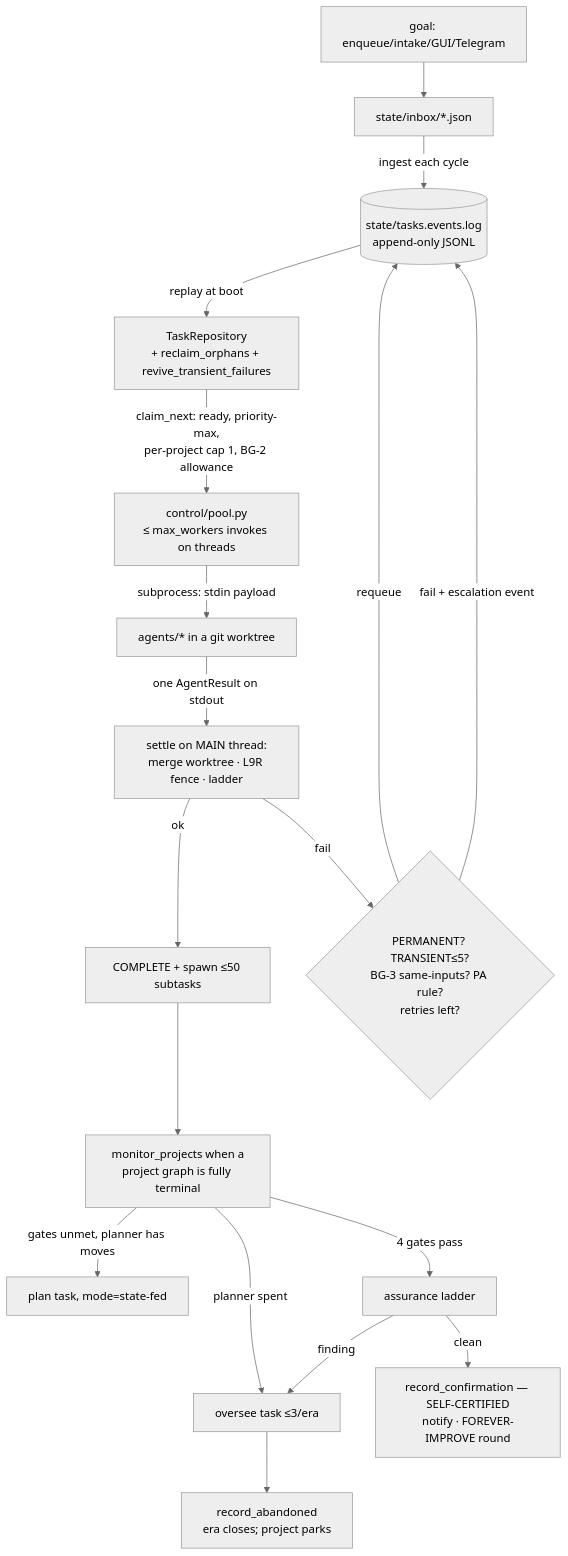
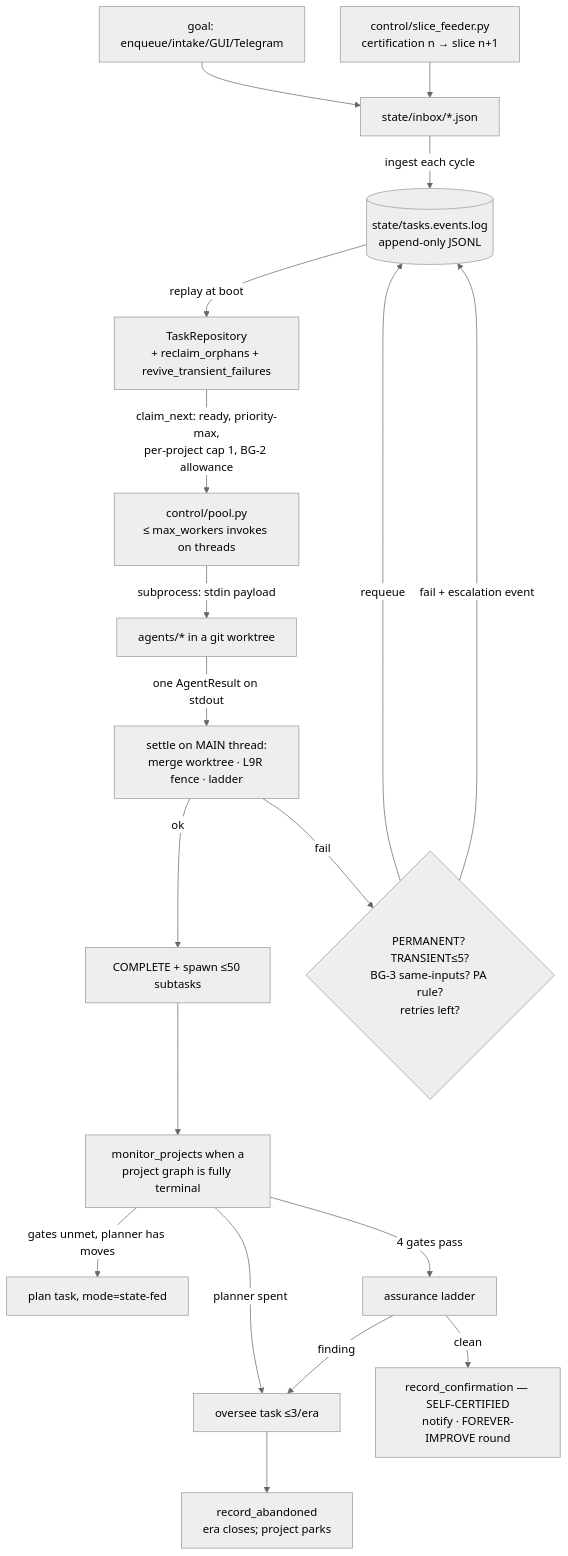
The diagram in codebase-analysis-docs/CODEBASE_KNOWLEDGE.md (Pepstee/Orchestrator), drawn with Mermaid (neutral theme) before and after one commit. The commit also changed other lines of this file, not shown here.

Commit message:
docs: codebase map refreshed to 10 Jul (slice feeder, 401 fail-fast, BG-1 stay-down, spec 17 ratified, drift items resolved)

````diff
--- a/codebase-analysis-docs/CODEBASE_KNOWLEDGE.md
+++ b/codebase-analysis-docs/CODEBASE_KNOWLEDGE.md
@@ -240,19 +274,20 @@
 ```mermaid
 flowchart TD
     G[goal: enqueue/intake/GUI/Telegram] --> IB[state/inbox/*.json]
+    FEED[control/slice_feeder.py<br/>certification n → slice n+1] --> IB
     IB -->|ingest each cycle| LOG[(state/tasks.events.log<br/>append-only JSONL)]
     LOG -->|replay at boot| REPO[TaskRepository<br/>+ reclaim_orphans + revive_transient_failures]
     REPO -->|claim_next: ready, priority-max,<br/>per-project cap 1, BG-2 allowance| POOL[control/pool.py<br/>≤ max_workers invokes on threads]
     POOL -->|subprocess: stdin payload| AG[agents/* in a git worktree]
     AG -->|one AgentResult on stdout| SETTLE[settle on MAIN thread:<br/>merge worktree · L9R fence · ladder]
     SETTLE -->|ok| DONE[COMPLETE + spawn ≤50 subtasks]
     SETTLE -->|fail| LADDER{PERMANENT? TRANSIENT≤5?<br/>BG-3 same-inputs? PA rule?<br/>retries left?}
     LADDER -->|requeue| LOG
     LADDER -->|fail + escalation event| LOG
     DONE --> MON[monitor_projects when a<br/>project graph is fully terminal]
     MON -->|gates unmet, planner has moves| REPLAN[plan task, mode=state-fed]
     MON -->|planner spent| OV[oversee task ≤3/era] --> ABANDON[record_abandoned<br/>era closes; project parks]
     MON -->|4 gates pass| ASSURE[assurance ladder]
     ASSURE -->|clean| CERT[record_confirmation — SELF-CERTIFIED<br/>notify · FOREVER-IMPROVE round]
     ASSURE -->|finding| OV
 ```
````
